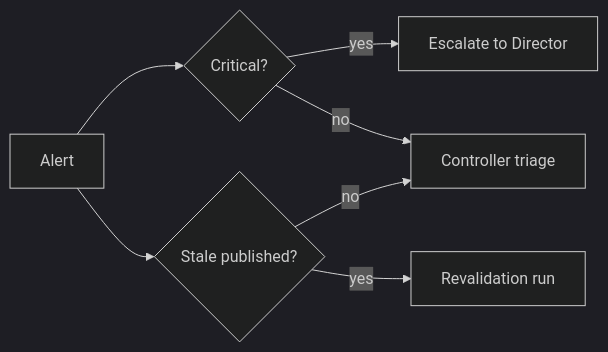
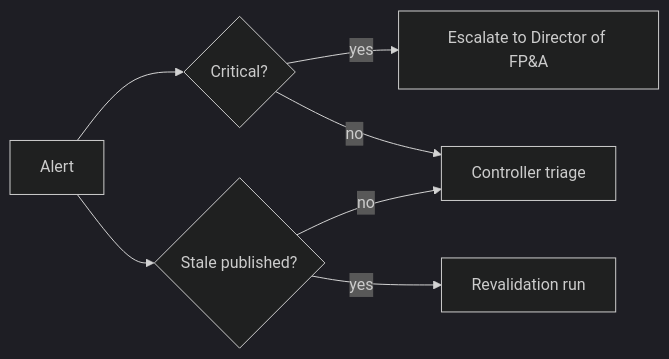
The diagram in revenue_data_reliability/docs/operating-model.md (rlp-jym/zoomcamp-ai-dev-cohort-2026), drawn with Mermaid (dark theme) before and after one commit. The commit also changed other lines of this file and 12 other files, not shown here.

````diff
--- a/revenue_data_reliability/docs/operating-model.md
+++ b/revenue_data_reliability/docs/operating-model.md
@@ -34,9 +34,9 @@
 ```mermaid
 flowchart LR
   A[Alert] --> B{Critical?}
-  B -- yes --> C[Escalate to Director]
+  B -- yes --> C[Escalate to Director of FP&A]
   B -- no --> D[Controller triage]
   A --> E{Stale published?}
   E -- yes --> F[Revalidation run]
   E -- no --> D
 ```
````
